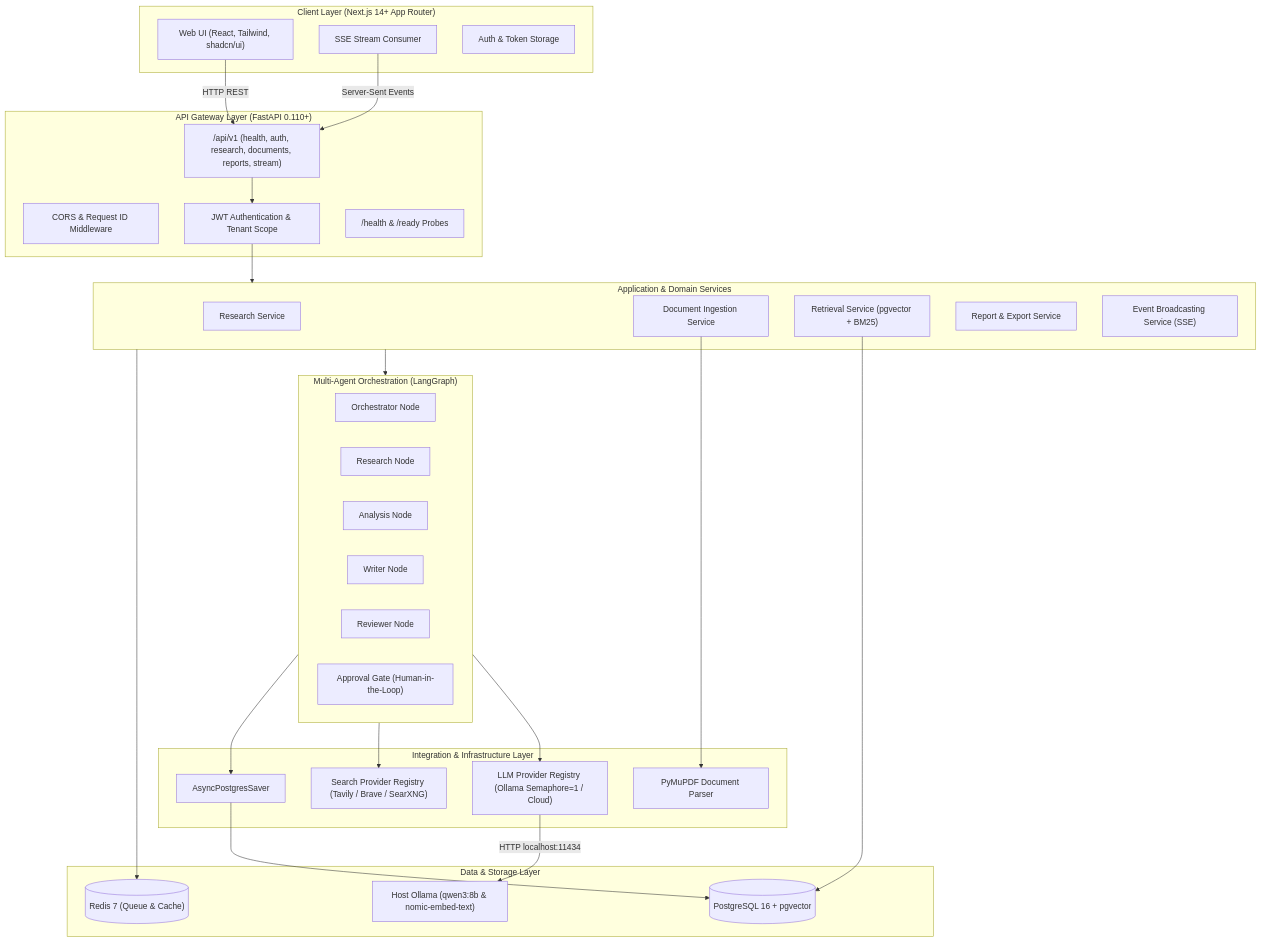
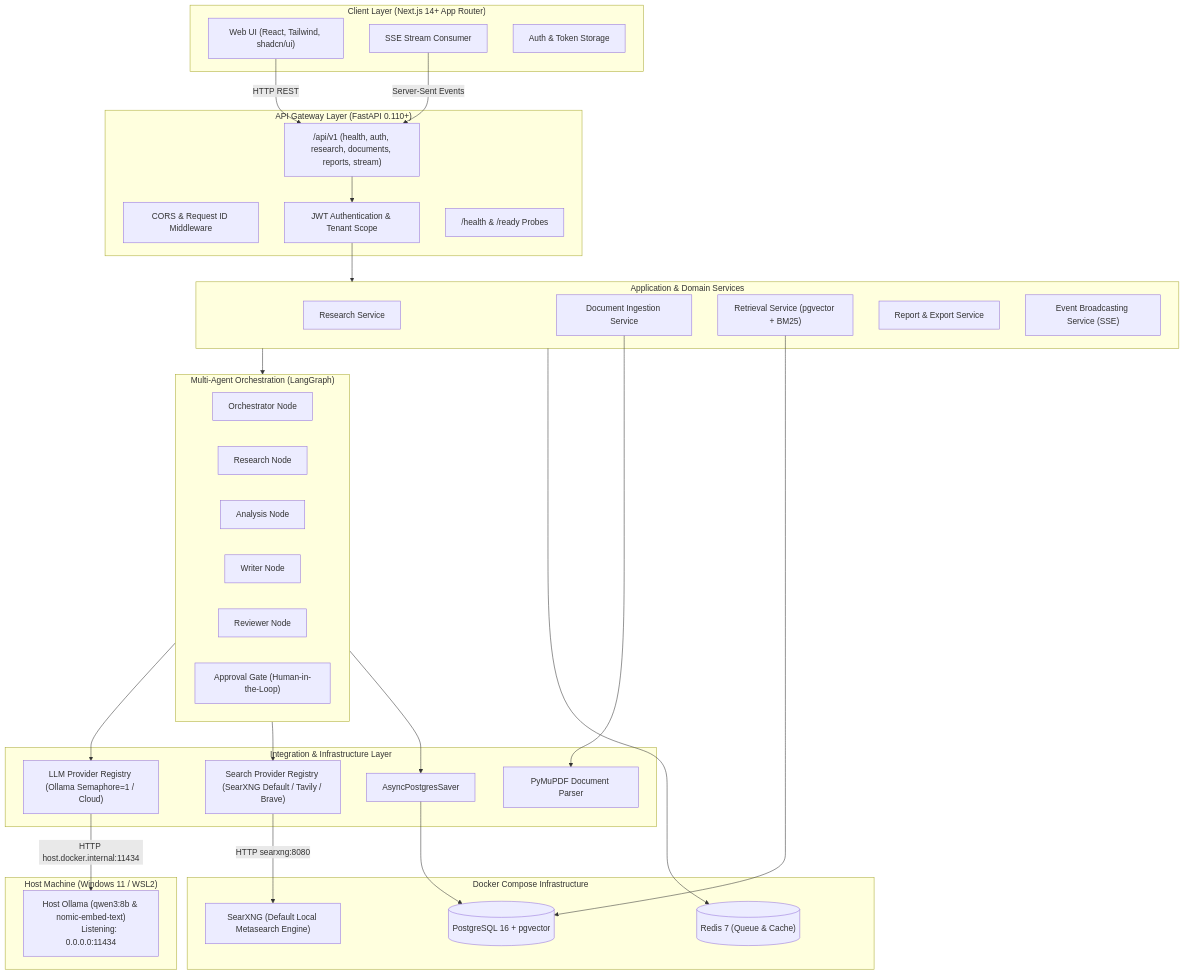
The first of 2 diagrams in docs/ARCHITECTURE.md (Akshat29-creator/Research-Pilot), drawn with Mermaid before and after one commit. The commit also changed other lines of this file and 5 other files, not shown here.

Commit message:
docs(phase-0): incorporate user feedback on VRAM monitoring, host networking, and SearXNG

````diff
--- a/docs/ARCHITECTURE.md
+++ b/docs/ARCHITECTURE.md
@@ -12,58 +12,64 @@
 ```mermaid
 flowchart TD
     subgraph ClientLayer ["Client Layer (Next.js 14+ App Router)"]
         UI["Web UI (React, Tailwind, shadcn/ui)"]
         SSEClient["SSE Stream Consumer"]
         AuthStore["Auth & Token Storage"]
     end
 
     subgraph APILayer ["API Gateway Layer (FastAPI 0.110+)"]
         CORS["CORS & Request ID Middleware"]
         AuthMiddleware["JWT Authentication & Tenant Scope"]
         Router["/api/v1 (health, auth, research, documents, reports, stream)"]
         HealthProbe["/health & /ready Probes"]
     end
 
     subgraph ServiceLayer ["Application & Domain Services"]
         ResearchSvc["Research Service"]
         IngestSvc["Document Ingestion Service"]
         RetrievalSvc["Retrieval Service (pgvector + BM25)"]
         ReportSvc["Report & Export Service"]
         StreamSvc["Event Broadcasting Service (SSE)"]
     end
 
     subgraph AgentLayer ["Multi-Agent Orchestration (LangGraph)"]
         Orchestrator["Orchestrator Node"]
         ResearchAgent["Research Node"]
         AnalysisAgent["Analysis Node"]
         WriterAgent["Writer Node"]
         ReviewerAgent["Reviewer Node"]
         HumanInterrupt["Approval Gate (Human-in-the-Loop)"]
     end
 
     subgraph IntegrationLayer ["Integration & Infrastructure Layer"]
         LLMRegistry["LLM Provider Registry (Ollama Semaphore=1 / Cloud)"]
-        SearchRegistry["Search Provider Registry (Tavily / Brave / SearXNG)"]
+        SearchRegistry["Search Provider Registry (SearXNG Default / Tavily / Brave)"]
         PDFParser["PyMuPDF Document Parser"]
         Checkpointer["AsyncPostgresSaver"]
     end
 
-    subgraph DataLayer ["Data & Storage Layer"]
+    subgraph ContainerInfra ["Docker Compose Infrastructure"]
         Postgres[("PostgreSQL 16 + pgvector")]
         RedisDB[("Redis 7 (Queue & Cache)")]
-        HostOllama["Host Ollama (qwen3:8b & nomic-embed-text)"]
+        SearXNGContainer["SearXNG (Default Local Metasearch Engine)"]
+    end
+
+    subgraph HostRuntime ["Host Machine (Windows 11 / WSL2)"]
+        HostOllama["Host Ollama (qwen3:8b & nomic-embed-text)
+        Listening: 0.0.0.0:11434"]
     end
 
     UI -->|"HTTP REST"| Router
     SSEClient -->|"Server-Sent Events"| Router
     Router --> AuthMiddleware --> ServiceLayer
     ServiceLayer --> AgentLayer
     AgentLayer --> LLMRegistry
     AgentLayer --> SearchRegistry
     AgentLayer --> Checkpointer
     Checkpointer --> Postgres
-    LLMRegistry -->|"HTTP localhost:11434"| HostOllama
+    LLMRegistry -->|"HTTP host.docker.internal:11434"| HostOllama
+    SearchRegistry -->|"HTTP searxng:8080"| SearXNGContainer
     RetrievalSvc --> Postgres
     IngestSvc --> PDFParser
     ServiceLayer --> RedisDB
 ```
````
